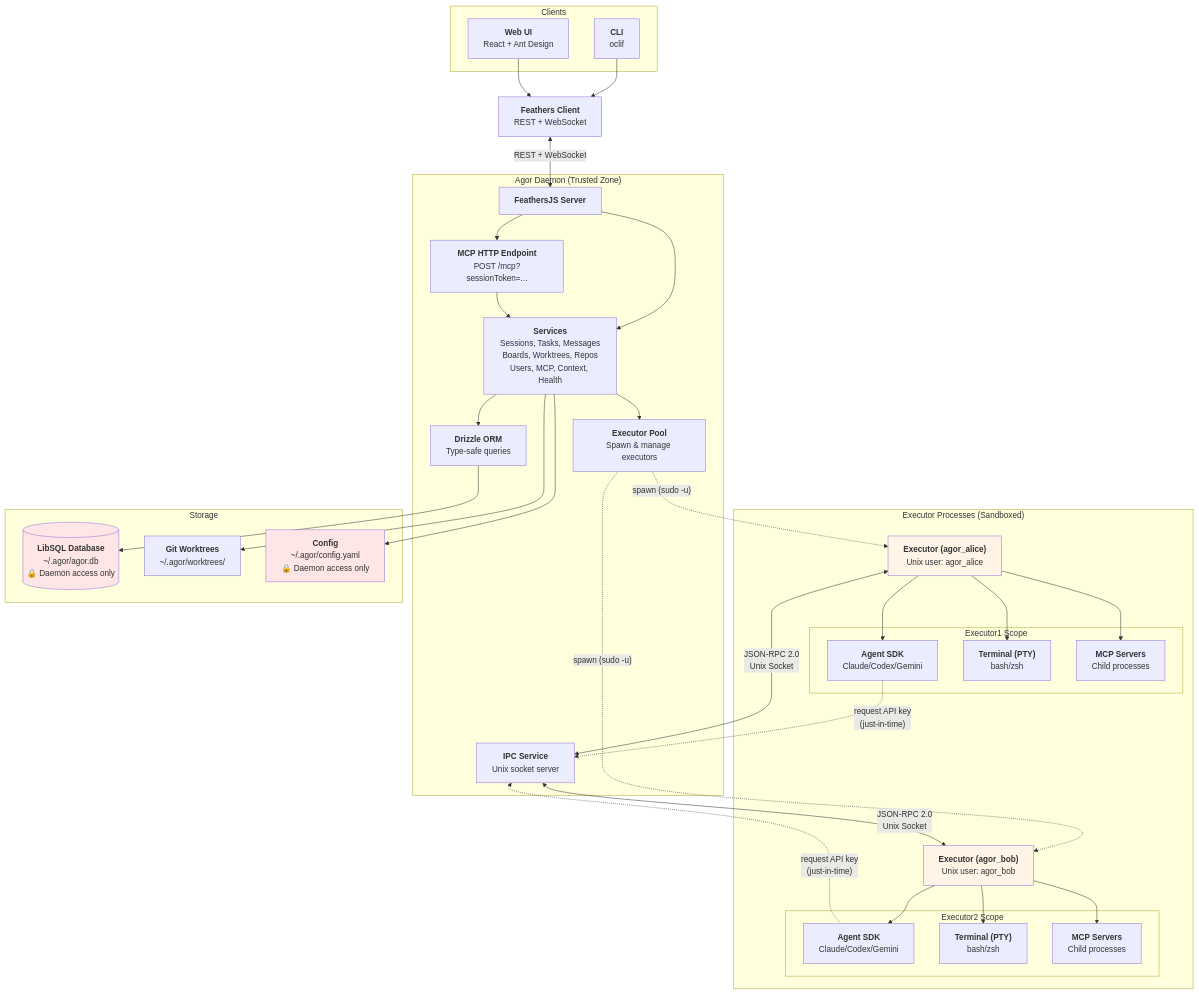
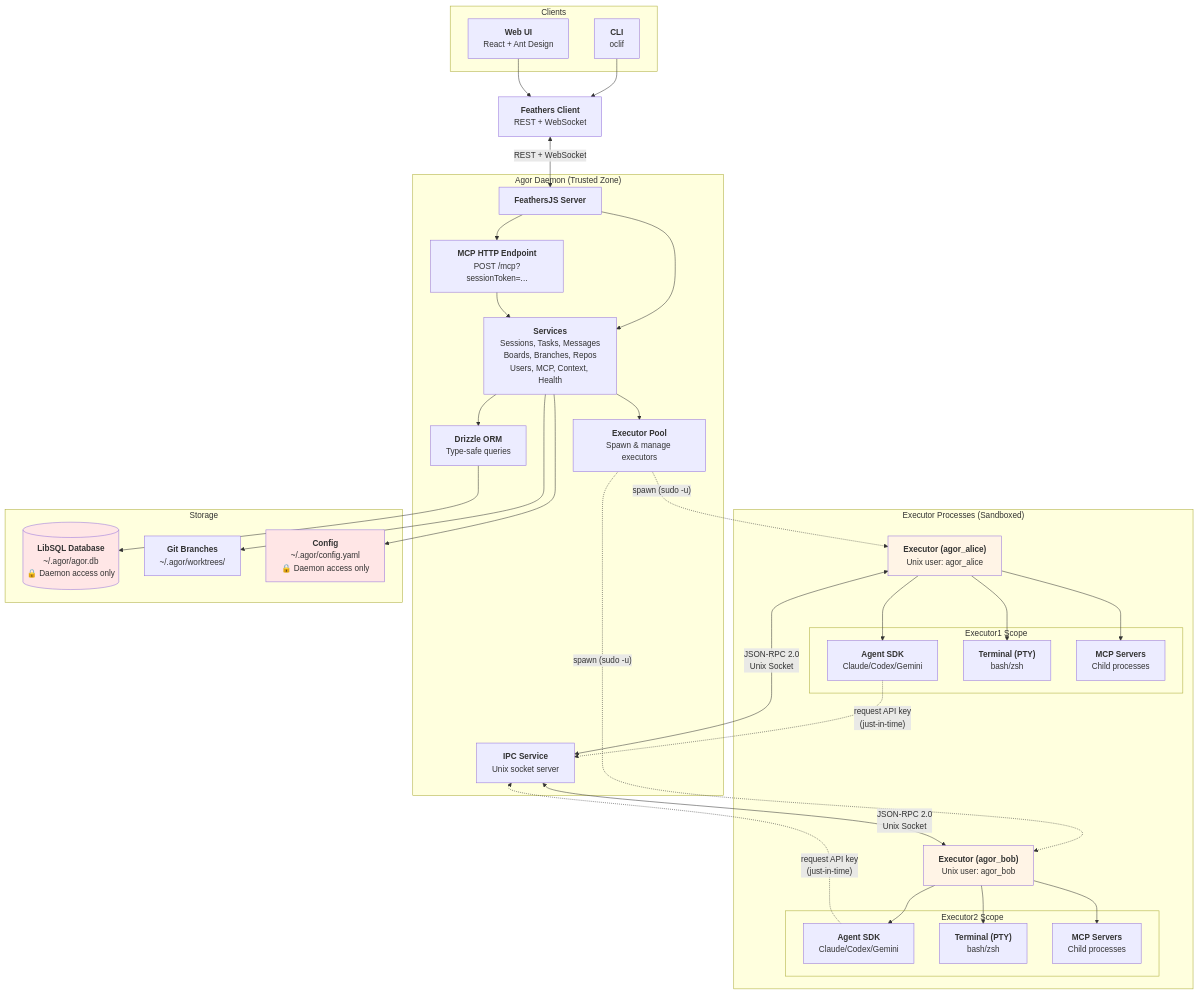
One commit to preset-io/agor changed the first of 2 diagrams in apps/agor-docs/pages/guide/architecture.mdx. Above: the diagram before and after it, drawn with Mermaid. The commit also changed other lines of this file and 420 other files, not shown here.

````diff
--- a/apps/agor-docs/pages/guide/architecture.mdx
+++ b/apps/agor-docs/pages/guide/architecture.mdx
@@ -16,77 +16,77 @@
 ```mermaid
 graph TB
     subgraph Clients
         CLI["<b>CLI</b><br/>oclif"]
         UI["<b>Web UI</b><br/>React + Ant Design"]
     end
 
     Client["<b>Feathers Client</b><br/>REST + WebSocket"]
 
     subgraph "Agor Daemon (Trusted Zone)"
         Feathers["<b>FeathersJS Server</b>"]
         MCP["<b>MCP HTTP Endpoint</b><br/>POST /mcp?sessionToken=..."]
-        Services["<b>Services</b><br/>Sessions, Tasks, Messages<br/>Boards, Worktrees, Repos<br/>Users, MCP, Context, Health"]
+        Services["<b>Services</b><br/>Sessions, Tasks, Messages<br/>Boards, Branches, Repos<br/>Users, MCP, Context, Health"]
         ExecutorPool["<b>Executor Pool</b><br/>Spawn & manage executors"]
         IPCService["<b>IPC Service</b><br/>Unix socket server"]
         ORM["<b>Drizzle ORM</b><br/>Type-safe queries"]
     end
 
     subgraph "Executor Processes (Sandboxed)"
         Executor1["<b>Executor (agor_alice)</b><br/>Unix user: agor_alice"]
         Executor2["<b>Executor (agor_bob)</b><br/>Unix user: agor_bob"]
 
         subgraph "Executor1 Scope"
             SDK1["<b>Agent SDK</b><br/>Claude/Codex/Gemini"]
             Terminal1["<b>Terminal (PTY)</b><br/>bash/zsh"]
             MCPServers1["<b>MCP Servers</b><br/>Child processes"]
         end
 
         subgraph "Executor2 Scope"
             SDK2["<b>Agent SDK</b><br/>Claude/Codex/Gemini"]
             Terminal2["<b>Terminal (PTY)</b><br/>bash/zsh"]
             MCPServers2["<b>MCP Servers</b><br/>Child processes"]
         end
     end
 
     subgraph Storage
         DB[("<b>LibSQL Database</b><br/>~/.agor/agor.db<br/>🔒 Daemon access only")]
-        Git["<b>Git Worktrees</b><br/>~/.agor/worktrees/"]
+        Git["<b>Git Branches</b><br/>~/.agor/worktrees/"]
         Config["<b>Config</b><br/>~/.agor/config.yaml<br/>🔒 Daemon access only"]
     end
 
     CLI --> Client
     UI --> Client
     Client <-->|REST + WebSocket| Feathers
 
     Feathers --> Services
     Feathers --> MCP
     MCP --> Services
     Services --> ORM
     Services --> ExecutorPool
 
     ExecutorPool -.->|"spawn (sudo -u)"| Executor1
     ExecutorPool -.->|"spawn (sudo -u)"| Executor2
 
     IPCService <-->|"JSON-RPC 2.0<br/>Unix Socket"| Executor1
     IPCService <-->|"JSON-RPC 2.0<br/>Unix Socket"| Executor2
 
     Executor1 --> SDK1
     Executor1 --> Terminal1
     Executor1 --> MCPServers1
 
     Executor2 --> SDK2
     Executor2 --> Terminal2
     Executor2 --> MCPServers2
 
     ORM --> DB
     Services --> Git
     Services --> Config
 
     SDK1 -.->|"request API key<br/>(just-in-time)"| IPCService
     SDK2 -.->|"request API key<br/>(just-in-time)"| IPCService
 
     style Executor1 fill:#fff4e6
     style Executor2 fill:#fff4e6
     style DB fill:#ffe6e6
     style Config fill:#ffe6e6
 ```
````
